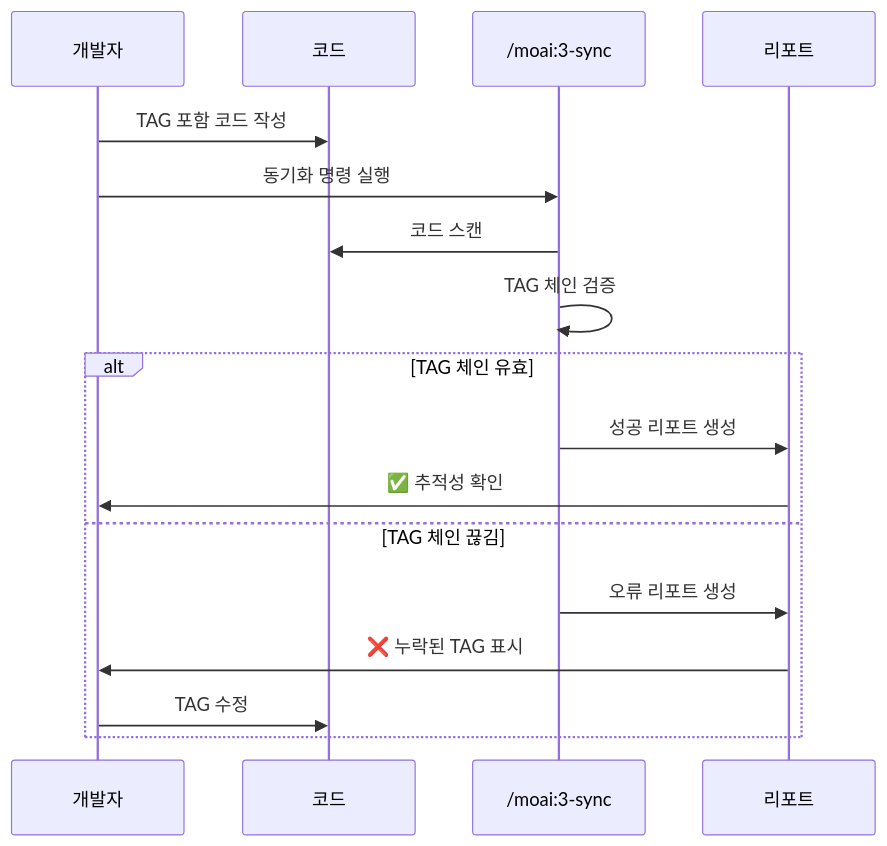
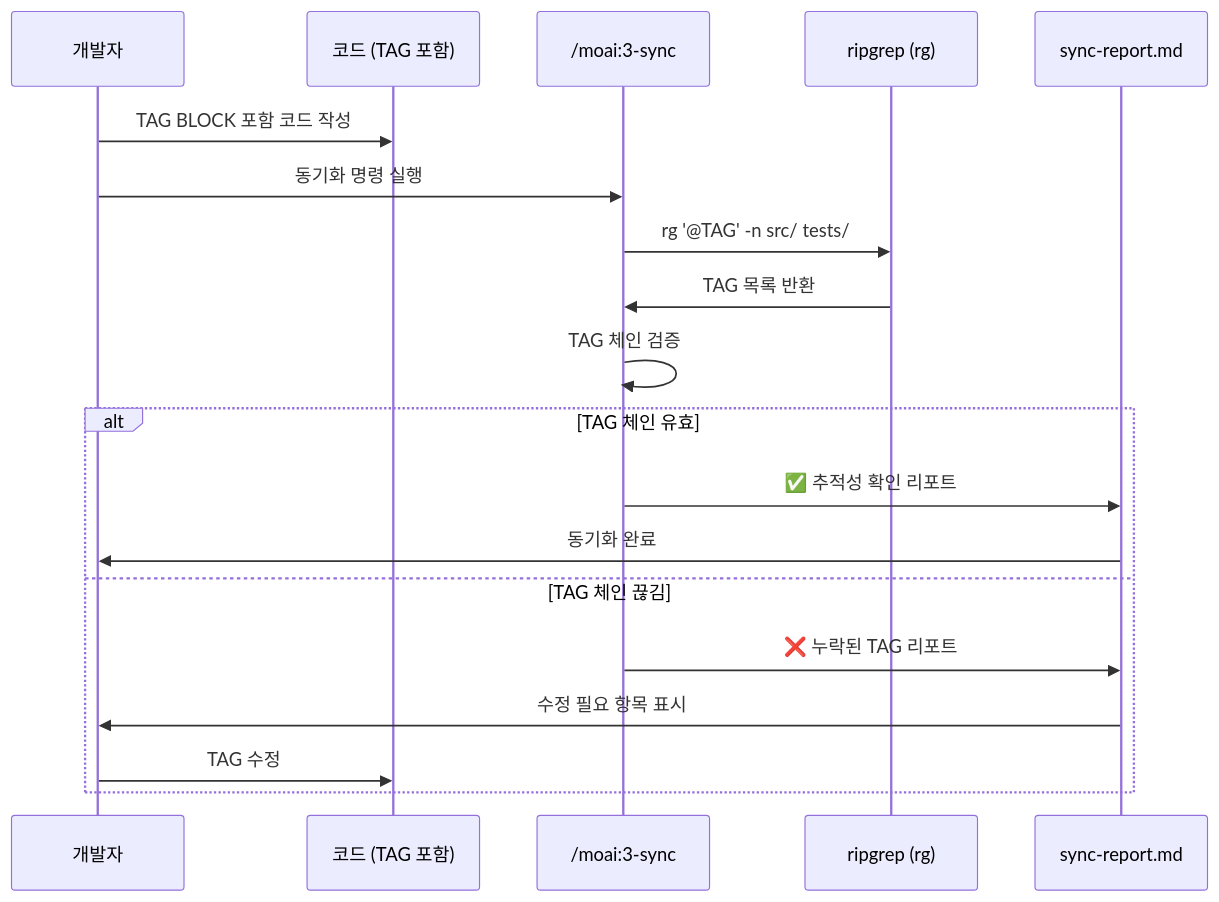
The third of 4 diagrams in docs/guide/tag-system.md (modu-ai/moai-adk), drawn with Mermaid before and after one commit. The commit also changed other lines of this file and 20 other files, not shown here.

````diff
--- a/docs/guide/tag-system.md
+++ b/docs/guide/tag-system.md
@@ -260,20 +348,22 @@
 ```mermaid
 sequenceDiagram
     participant D as 개발자
-    participant C as 코드
+    participant C as 코드 (TAG 포함)
     participant S as /moai:3-sync
-    participant R as 리포트
+    participant RG as ripgrep (rg)
+    participant R as sync-report.md
 
-    D->>C: TAG 포함 코드 작성
+    D->>C: TAG BLOCK 포함 코드 작성
     D->>S: 동기화 명령 실행
-    S->>C: 코드 스캔
+    S->>RG: rg '@TAG' -n src/ tests/
+    RG->>S: TAG 목록 반환
     S->>S: TAG 체인 검증
     alt TAG 체인 유효
-        S->>R: 성공 리포트 생성
-        R->>D: ✅ 추적성 확인
+        S->>R: ✅ 추적성 확인 리포트
+        R->>D: 동기화 완료
     else TAG 체인 끊김
-        S->>R: 오류 리포트 생성
-        R->>D: ❌ 누락된 TAG 표시
+        S->>R: ❌ 누락된 TAG 리포트
+        R->>D: 수정 필요 항목 표시
         D->>C: TAG 수정
     end
 ```
````
